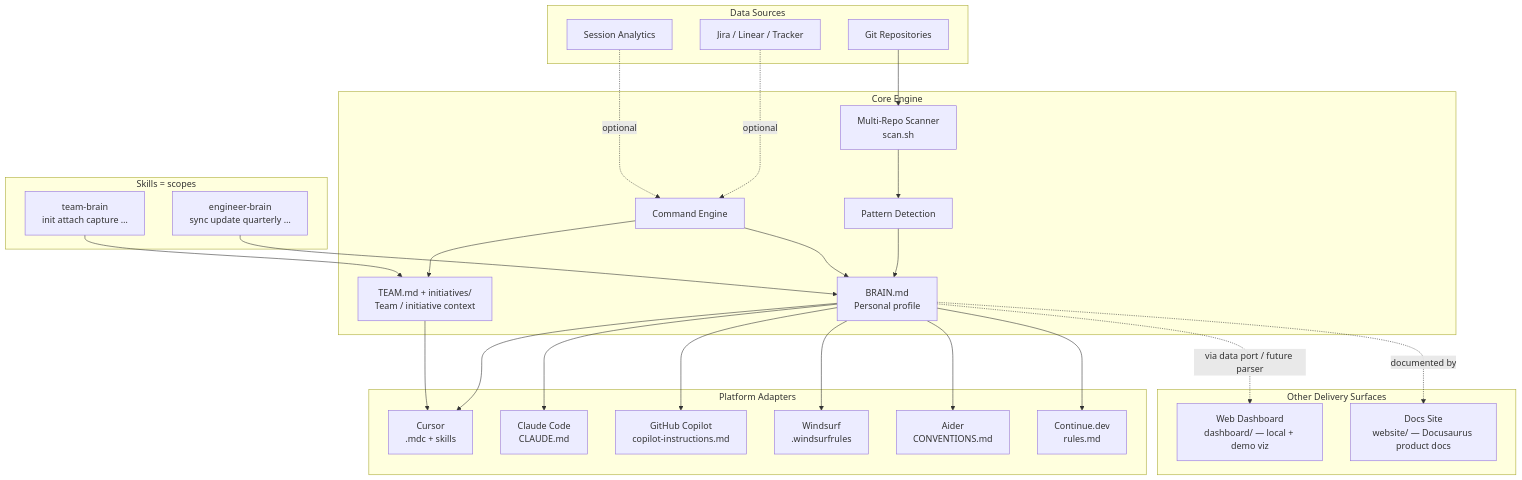
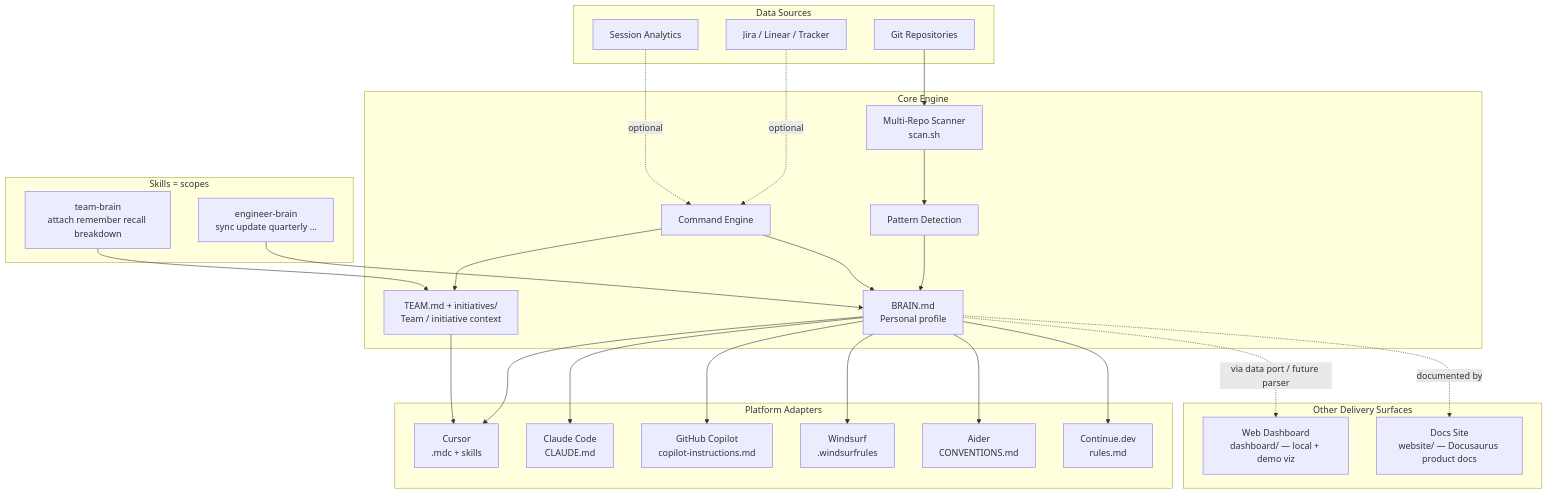
The first of 7 diagrams in docs/architecture.md (Hrithik-Gavankar/brainstack), drawn with Mermaid before and after one commit. The commit also changed other lines of this file and 27 other files, not shown here.

First line of the commit message:
feat(team-brain): collaborative memory P0–P4 + address PR #29 review

````diff
--- a/docs/architecture.md
+++ b/docs/architecture.md
@@ -12,54 +12,54 @@
 ```mermaid
 flowchart TD
     subgraph Sources["Data Sources"]
         GIT[Git Repositories]
         JIRA[Jira / Linear / Tracker]
         SESS[Session Analytics]
     end
 
     subgraph Core["Core Engine"]
         SCAN[Multi-Repo Scanner<br/>scan.sh]
         PATTERN[Pattern Detection]
         BRAIN[BRAIN.md<br/>Personal profile]
         TEAM[TEAM.md + initiatives/<br/>Team / initiative context]
         CMD[Command Engine]
     end
 
     subgraph Skills["Skills = scopes"]
         EB[engineer-brain<br/>sync update quarterly …]
-        TB[team-brain<br/>init attach capture …]
+        TB[team-brain<br/>attach remember recall breakdown]
     end
 
     subgraph Adapters["Platform Adapters"]
         CUR[Cursor<br/>.mdc + skills]
         CLA[Claude Code<br/>CLAUDE.md]
         COP[GitHub Copilot<br/>copilot-instructions.md]
         WIN[Windsurf<br/>.windsurfrules]
         AID[Aider<br/>CONVENTIONS.md]
         CON[Continue.dev<br/>rules.md]
     end
 
     subgraph Surfaces["Other Delivery Surfaces"]
         DASH[Web Dashboard<br/>dashboard/ — local + demo viz]
         DOCS[Docs Site<br/>website/ — Docusaurus product docs]
     end
 
     GIT --> SCAN
     JIRA -.->|optional| CMD
     SESS -.->|optional| CMD
     SCAN --> PATTERN
     PATTERN --> BRAIN
     CMD --> BRAIN
     CMD --> TEAM
     EB --> BRAIN
     TB --> TEAM
     BRAIN --> CUR
     TEAM --> CUR
     BRAIN --> CLA
     BRAIN --> COP
     BRAIN --> WIN
     BRAIN --> AID
     BRAIN --> CON
     BRAIN -.->|via data port / future parser| DASH
     BRAIN -.->|documented by| DOCS
 ```
````
